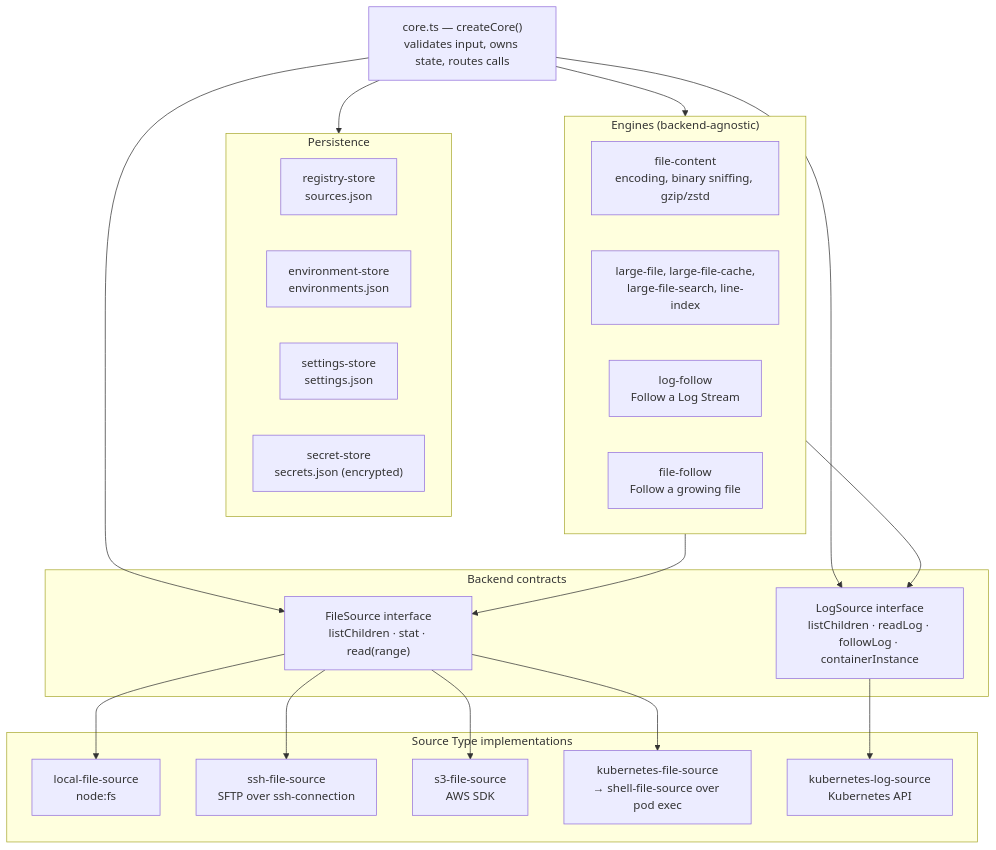
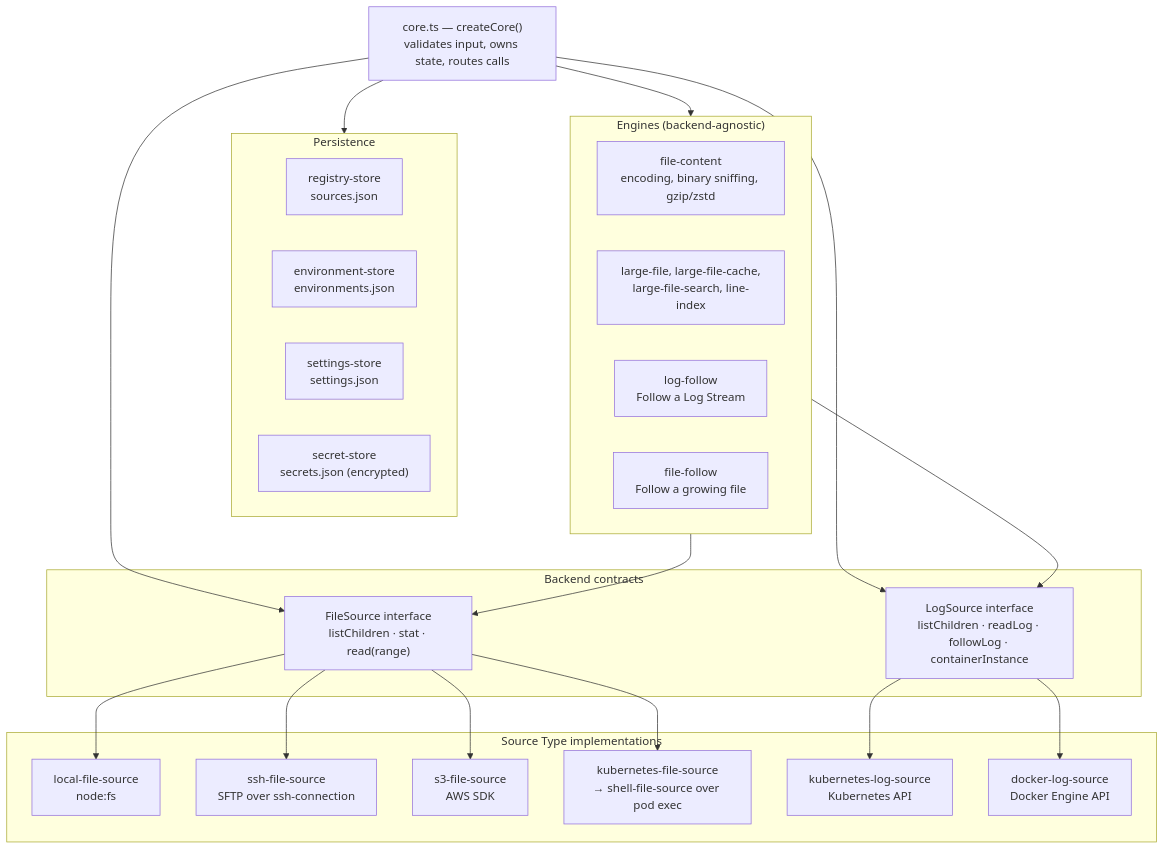
Before and after one commit to ducttapeworksorg/polyscope: the second of 7 diagrams in docs/architecture.md, drawn with Mermaid. The commit also changed other lines of this file and 23 other files, not shown here.

````diff
--- a/docs/architecture.md
+++ b/docs/architecture.md
@@ -164,40 +164,42 @@
 ```mermaid
 flowchart TB
   Facade["core.ts — createCore()<br/>validates input, owns state, routes calls"]
 
   subgraph Stores["Persistence"]
     Registry["registry-store<br/>sources.json"]
     Envs["environment-store<br/>environments.json"]
     SettingsS["settings-store<br/>settings.json"]
     Secrets["secret-store<br/>secrets.json (encrypted)"]
   end
 
   subgraph Engines["Engines (backend-agnostic)"]
     Content["file-content<br/>encoding, binary sniffing, gzip/zstd"]
     Large["large-file, large-file-cache,<br/>large-file-search, line-index"]
     LogFollow["log-follow<br/>Follow a Log Stream"]
     FileFollow["file-follow<br/>Follow a growing file"]
   end
 
   subgraph Abstractions["Backend contracts"]
     FS["FileSource interface<br/>listChildren · stat · read(range)"]
     LS["LogSource interface<br/>listChildren · readLog · followLog · containerInstance"]
   end
 
   subgraph Impl["Source Type implementations"]
     Local["local-file-source<br/>node:fs"]
     SSH["ssh-file-source<br/>SFTP over ssh-connection"]
     S3["s3-file-source<br/>AWS SDK"]
     KF["kubernetes-file-source<br/>→ shell-file-source over pod exec"]
     KL["kubernetes-log-source<br/>Kubernetes API"]
+    DL["docker-log-source<br/>Docker Engine API"]
   end
 
   Facade --> Stores
   Facade --> Engines
   Engines --> FS
   Engines --> LS
   Facade --> FS
   Facade --> LS
   FS --> Local & SSH & S3 & KF
   LS --> KL
+  LS --> DL
 ```
````
